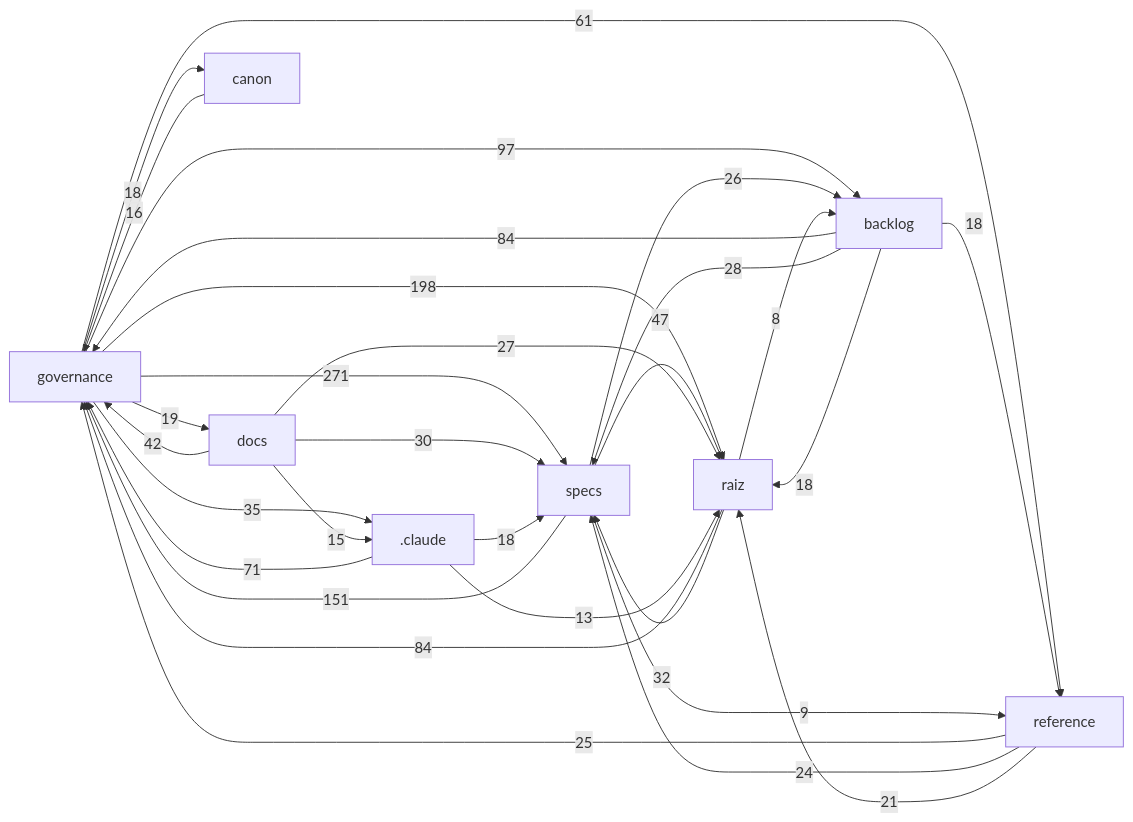
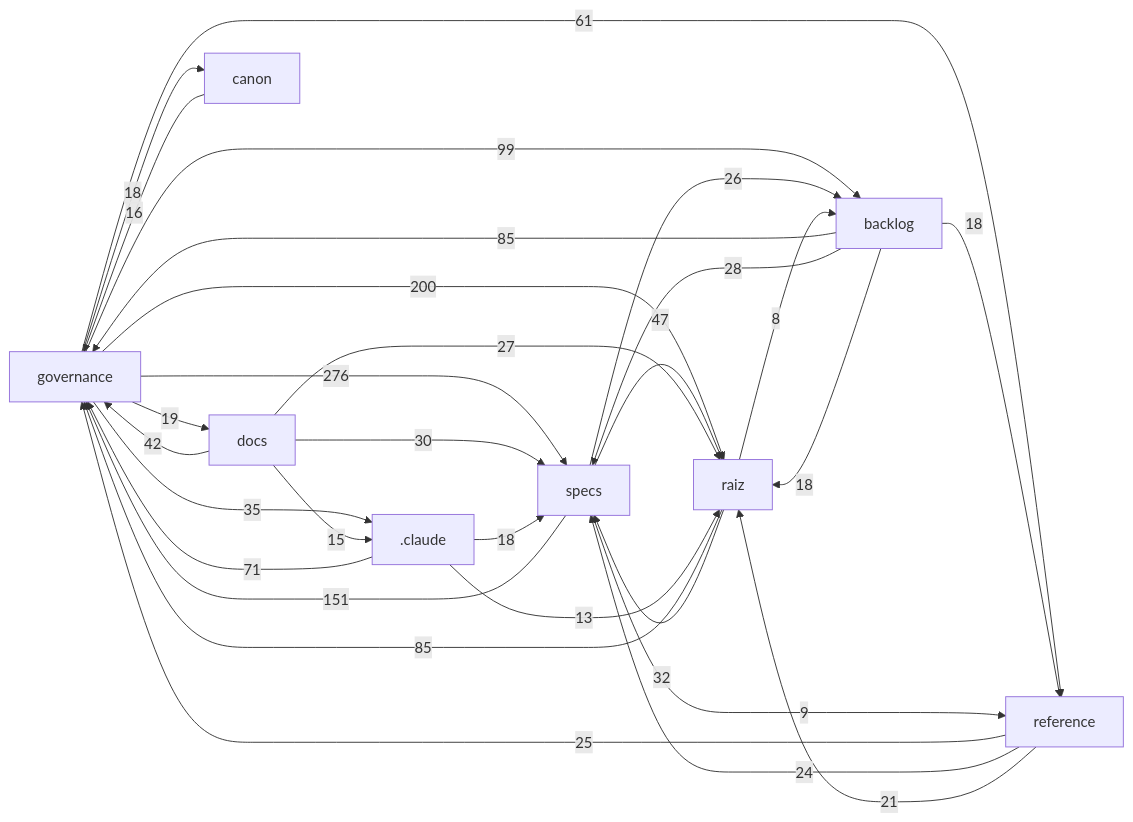
Before and after one commit to Andraus35/Sistema-Operacional-de-Trading--SOT: the diagram in docs/mapa/MAPA-PROJETO.md, drawn with Mermaid. The commit also changed other lines of this file and 5 other files, not shown here.

````diff
--- a/docs/mapa/MAPA-PROJETO.md
+++ b/docs/mapa/MAPA-PROJETO.md
@@ -30,32 +30,32 @@
 ```mermaid
 flowchart LR
-  governance["governance"] -->|271| specs["specs"]
-  governance["governance"] -->|198| raiz["raiz"]
+  governance["governance"] -->|276| specs["specs"]
+  governance["governance"] -->|200| raiz["raiz"]
   specs["specs"] -->|151| governance["governance"]
-  governance["governance"] -->|97| backlog["backlog"]
-  raiz["raiz"] -->|84| governance["governance"]
-  backlog["backlog"] -->|84| governance["governance"]
+  governance["governance"] -->|99| backlog["backlog"]
+  raiz["raiz"] -->|85| governance["governance"]
+  backlog["backlog"] -->|85| governance["governance"]
   _claude[".claude"] -->|71| governance["governance"]
   governance["governance"] -->|61| reference["reference"]
   specs["specs"] -->|47| raiz["raiz"]
   docs["docs"] -->|42| governance["governance"]
   governance["governance"] -->|35| _claude[".claude"]
   raiz["raiz"] -->|32| specs["specs"]
   docs["docs"] -->|30| specs["specs"]
   backlog["backlog"] -->|28| specs["specs"]
   docs["docs"] -->|27| raiz["raiz"]
   specs["specs"] -->|26| backlog["backlog"]
   reference["reference"] -->|25| governance["governance"]
   reference["reference"] -->|24| specs["specs"]
   reference["reference"] -->|21| raiz["raiz"]
   governance["governance"] -->|19| docs["docs"]
   _claude[".claude"] -->|18| specs["specs"]
   backlog["backlog"] -->|18| raiz["raiz"]
   backlog["backlog"] -->|18| reference["reference"]
   governance["governance"] -->|18| canon["canon"]
   canon["canon"] -->|16| governance["governance"]
   docs["docs"] -->|15| _claude[".claude"]
   _claude[".claude"] -->|13| raiz["raiz"]
   specs["specs"] -->|9| reference["reference"]
   raiz["raiz"] -->|8| backlog["backlog"]
 ```
````
